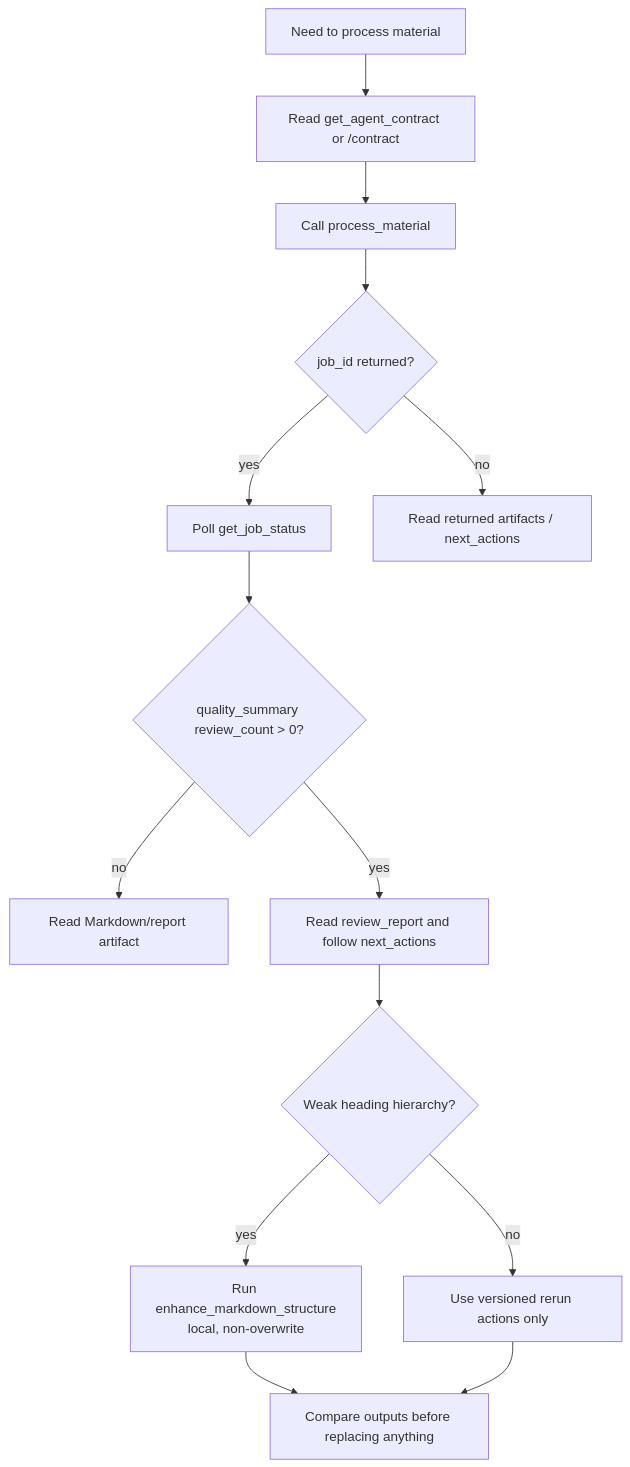
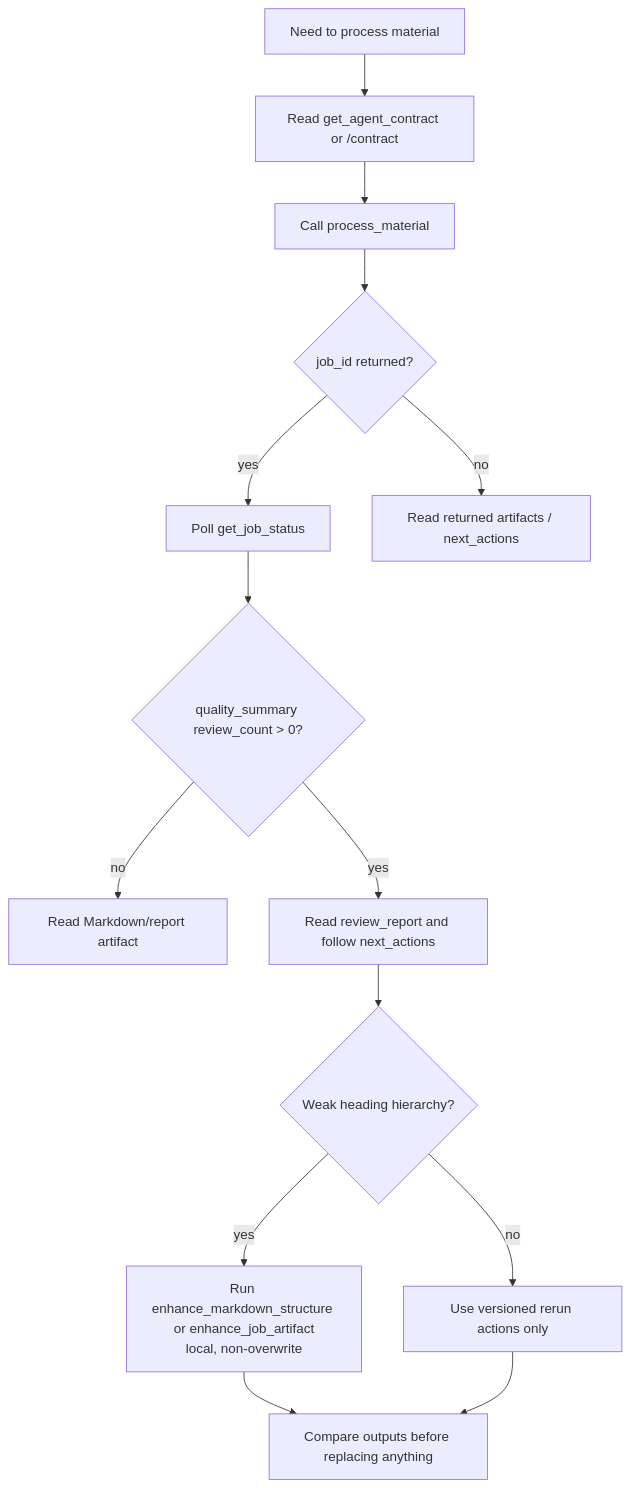
One commit to lightcoloror/ebook-markdown-pipeline changed the diagram in examples/agent-recipes/README.md. Above: the diagram before and after it, drawn with Mermaid. The commit also changed 28 other files, not shown here.

````diff
--- a/examples/agent-recipes/README.md
+++ b/examples/agent-recipes/README.md
@@ -31,16 +31,16 @@
 ```mermaid
 flowchart TD
     input["Need to process material"] --> contract["Read get_agent_contract or /contract"]
     contract --> process["Call process_material"]
     process --> job{"job_id returned?"}
     job -->|"yes"| poll["Poll get_job_status"]
     job -->|"no"| artifacts["Read returned artifacts / next_actions"]
     poll --> quality{"quality_summary review_count > 0?"}
     quality -->|"no"| read["Read Markdown/report artifact"]
     quality -->|"yes"| review["Read review_report and follow next_actions"]
     review --> weak{"Weak heading hierarchy?"}
-    weak -->|"yes"| enhance["Run enhance_markdown_structure\nlocal, non-overwrite"]
+    weak -->|"yes"| enhance["Run enhance_markdown_structure or enhance_job_artifact\nlocal, non-overwrite"]
     weak -->|"no"| rerun["Use versioned rerun actions only"]
     enhance --> compare
     rerun --> compare["Compare outputs before replacing anything"]
 ```
````
